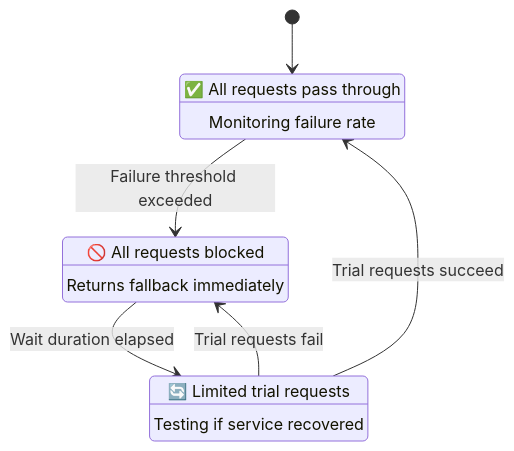
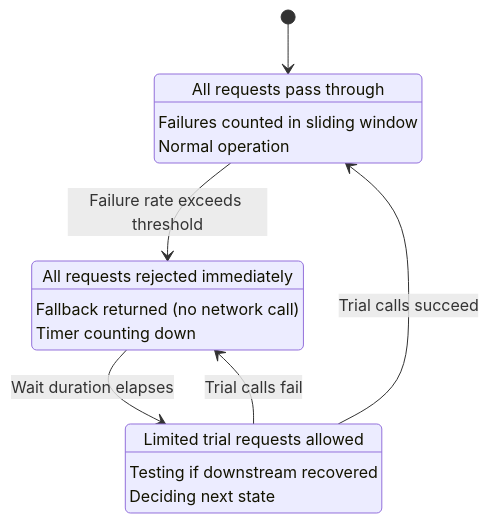
Before and after one commit to saivamsikaruturi/vamsilabs-dev-notes-main: the first of 6 diagrams in docs/microservices/CircuitBreaker.md, drawn with Mermaid. The commit also changed other lines of this file, not shown here.

````diff
--- a/docs/microservices/CircuitBreaker.md
+++ b/docs/microservices/CircuitBreaker.md
@@ -14,15 +22,18 @@
 ```mermaid
 stateDiagram-v2
-    [*] --> Closed
-    Closed --> Open: Failure threshold exceeded
-    Open --> HalfOpen: Wait duration elapsed
-    HalfOpen --> Closed: Trial requests succeed
-    HalfOpen --> Open: Trial requests fail
+    [*] --> CLOSED
+    CLOSED --> OPEN: Failure rate exceeds threshold
+    OPEN --> HALF_OPEN: Wait duration elapses
+    HALF_OPEN --> CLOSED: Trial calls succeed
+    HALF_OPEN --> OPEN: Trial calls fail
     
-    Closed: ✅ All requests pass through
-    Closed: Monitoring failure rate
-    Open: 🚫 All requests blocked
-    Open: Returns fallback immediately
-    HalfOpen: 🔄 Limited trial requests
-    HalfOpen: Testing if service recovered
+    CLOSED: All requests pass through
+    CLOSED: Failures counted in sliding window
+    CLOSED: Normal operation
+    OPEN: All requests rejected immediately
+    OPEN: Fallback returned (no network call)
+    OPEN: Timer counting down
+    HALF_OPEN: Limited trial requests allowed
+    HALF_OPEN: Testing if downstream recovered
+    HALF_OPEN: Deciding next state
 ```
````
